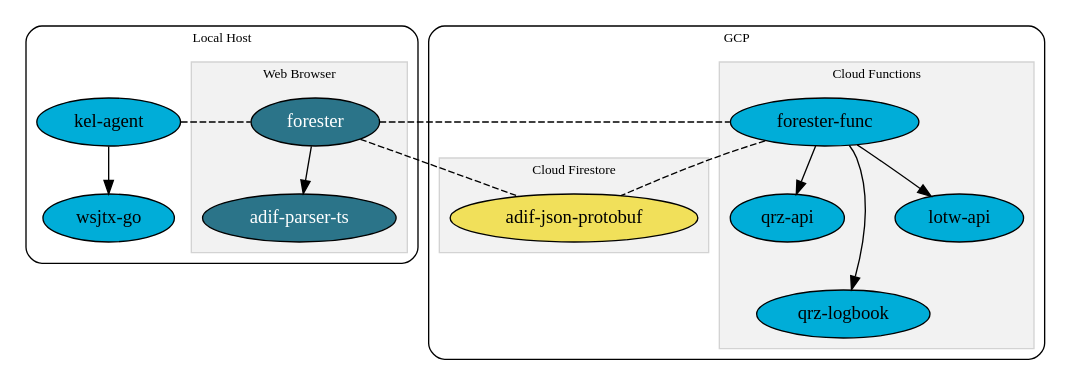
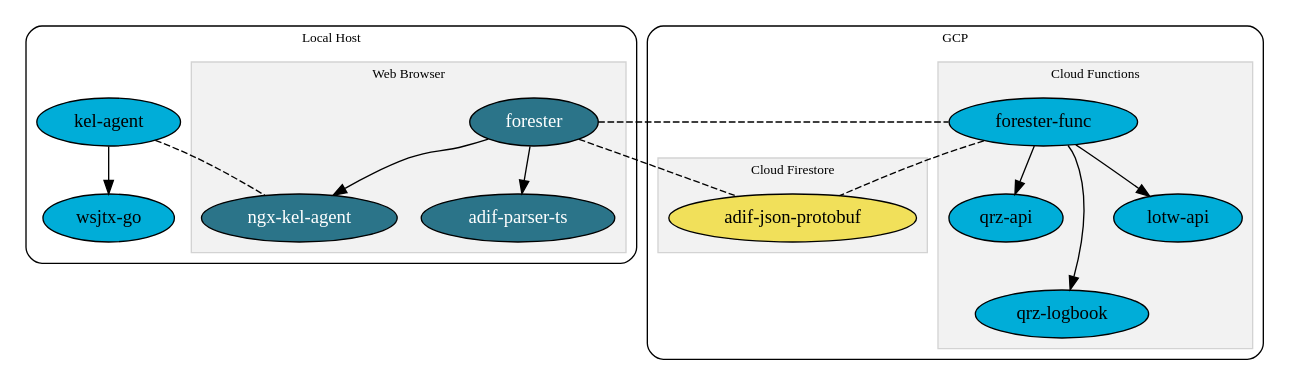
The diagram in architecture.dot (k0swe/docs), drawn with Graphviz before and after one commit. The commit also changed 2 other files, not shown here.

Commit message:
Add ngx-kel-agent to docs

```diff
--- a/architecture.dot
+++ b/architecture.dot
@@ -1,68 +1,70 @@
 digraph {
     graph [truecolor = true bgcolor = "#ffffff00"]
     newrank = true;
 
     subgraph clusterComputer {
         graph [truecolor = true bgcolor = "gray100"]
         label = "Local Host";
         style = rounded;
         fontsize = 10;
 
         subgraph clusterBrowser {
             label = "Web Browser";
             fontsize = 10;
             color = lightgrey;
             style=filled;
             fillcolor = "grey95";
 
             forester [URL="https://github.com/k0swe/forester"; style=filled; fillcolor="#2b7489"; fontcolor=white]
+            ngxkelagent [label = "ngx-kel-agent"; URL="https://github.com/k0swe/ngx-kel-agent"; style=filled; fillcolor="#2b7489"; fontcolor=white]
             adifparserts [label = "adif-parser-ts"; URL="https://github.com/k0swe/adif-parser-ts"; style=filled; fillcolor="#2b7489"; fontcolor=white]
             forester -> adifparserts
+            forester -> ngxkelagent
         };
         agent [label = "kel-agent"; URL="https://github.com/k0swe/kel-agent"; style=filled; fillcolor="#00ADD8"]
         wsjtxgo [label = "wsjtx-go"; URL="https://github.com/k0swe/wsjtx-go"; style=filled; fillcolor="#00ADD8"]
         agent -> wsjtxgo
     }
 
     subgraph clusterGCP {
         graph [truecolor = true bgcolor = "gray100"]
         label = "GCP";
         style = rounded;
         fontsize = 10;
 
         subgraph clusterGCF {
             label = "Cloud Functions";
             fontsize = 10;
             color = lightgrey;
             style=filled;
             fillcolor = "grey95";
 
             func [label = "forester-func"; URL="https://github.com/k0swe/forester-func"; style=filled; fillcolor="#00ADD8"]
             qrzapi [label = "qrz-api"; URL="https://github.com/k0swe/qrz-api"; style=filled; fillcolor="#00ADD8"]
             qrzlogbook [label = "qrz-logbook"; URL="https://github.com/k0swe/qrz-logbook"; style=filled; fillcolor="#00ADD8"]
             lotwapi [label = "lotw-api"; URL="https://github.com/k0swe/lotw-api"; style=filled; fillcolor="#00ADD8"]
             func -> qrzapi
             func -> qrzlogbook
             qrzapi -> qrzlogbook [style=invis]
             func -> lotwapi
             {rank=sink; qrzlogbook}
         };
 
         subgraph clusterFirebase {
             label = "Cloud Firestore";
             fontsize = 10;
             color = lightgrey;
             style=filled;
             fillcolor = "grey95";
             adifjson [label = "adif-json-protobuf"; URL="https://github.com/k0swe/adif-json-protobuf"; style=filled; fillcolor="#f1e05a"]
         };
     };
 
     edge [style = dashed; dir = none;]
     {rank=source; forester agent func}
 
-    agent -> forester;
+    agent -> ngxkelagent;
     forester -> adifjson;
     forester -> func;
     func -> adifjson;
 }
```
